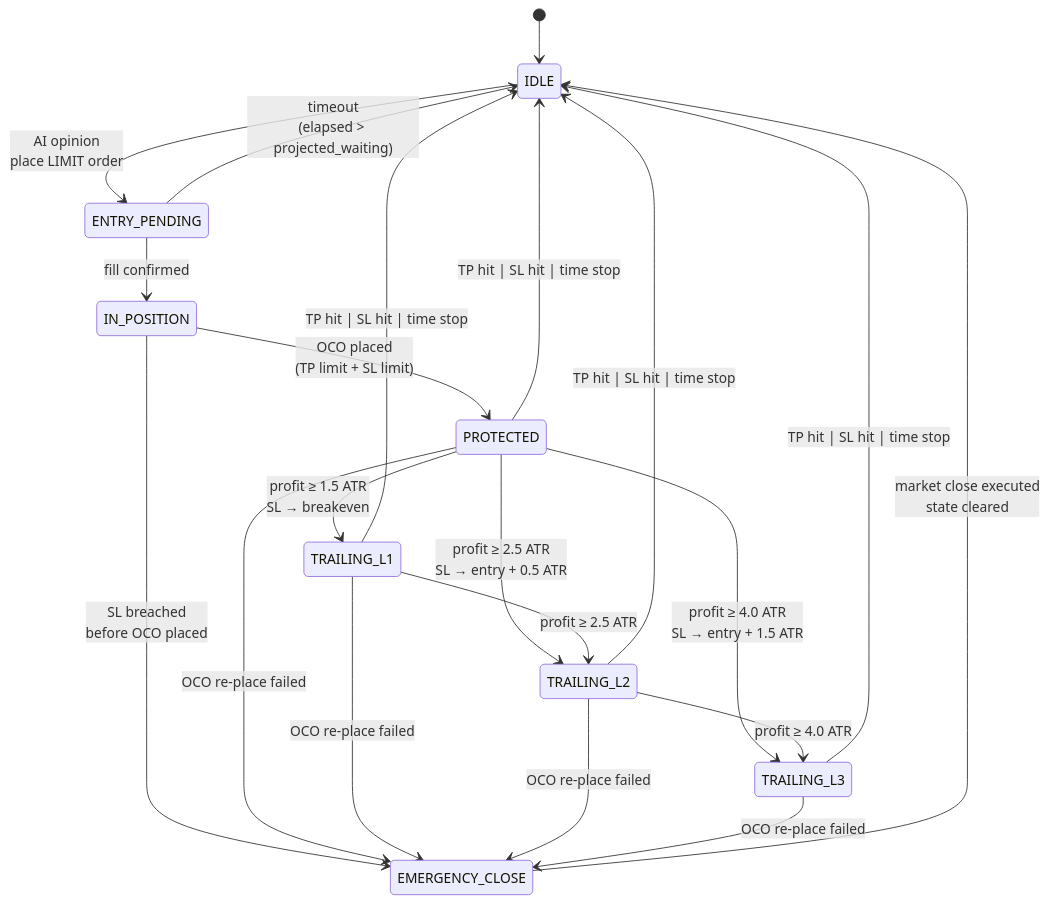
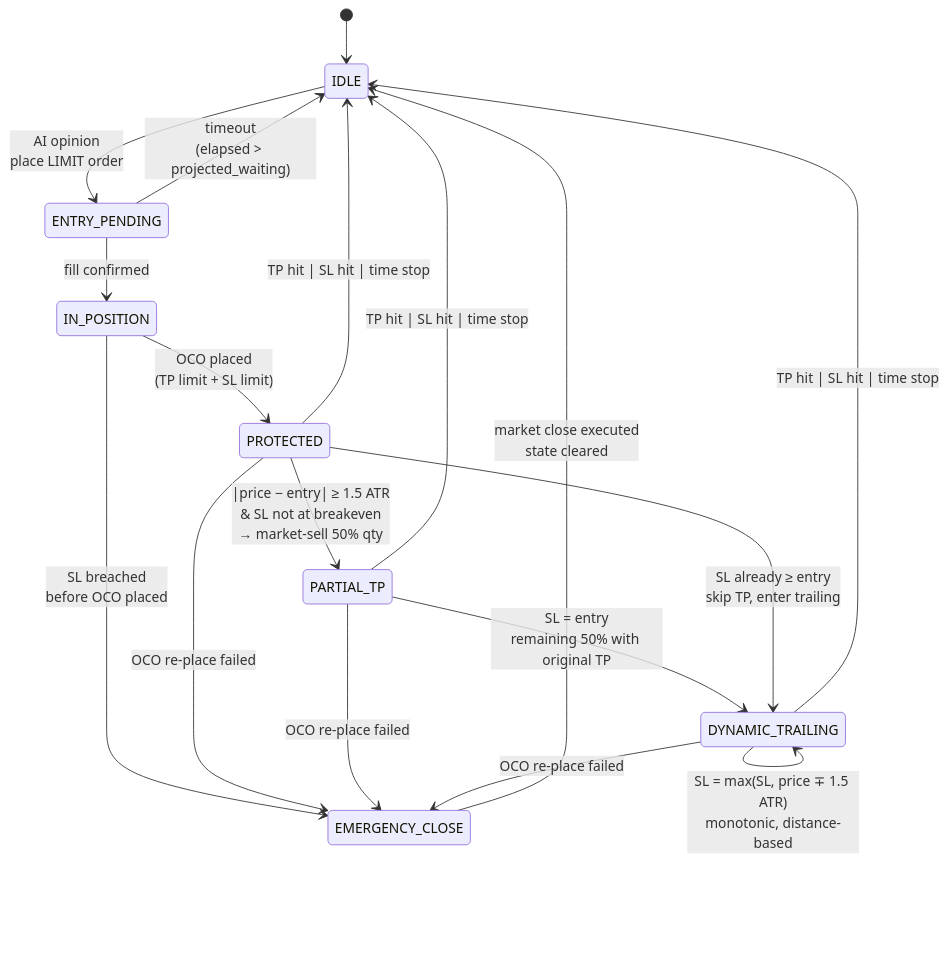
The fourth of 5 diagrams in README.md (jiangyang5157/binary-star), drawn with Mermaid before and after one commit. The commit also changed other lines of this file, not shown here.

Commit message:
docs: update README for stateless partial TP + dynamic trailing SL

````diff
--- a/README.md
+++ b/README.md
@@ -294,31 +317,30 @@
 ```mermaid
 stateDiagram-v2
     [*] --> IDLE
 
     IDLE --> ENTRY_PENDING: AI opinion<br/>place LIMIT order
     ENTRY_PENDING --> IDLE: timeout<br/>(elapsed > projected_waiting)
 
     ENTRY_PENDING --> IN_POSITION: fill confirmed
 
     IN_POSITION --> EMERGENCY_CLOSE: SL breached<br/>before OCO placed
     IN_POSITION --> PROTECTED: OCO placed<br/>(TP limit + SL limit)
 
-    PROTECTED --> TRAILING_L1: profit ≥ 1.5 ATR<br/>SL → breakeven
-    PROTECTED --> TRAILING_L2: profit ≥ 2.5 ATR<br/>SL → entry + 0.5 ATR
-    PROTECTED --> TRAILING_L3: profit ≥ 4.0 ATR<br/>SL → entry + 1.5 ATR
+    PROTECTED --> PARTIAL_TP: |price − entry| ≥ 1.5 ATR<br/>& SL not at breakeven<br/>→ market-sell 50% qty
 
-    TRAILING_L1 --> TRAILING_L2: profit ≥ 2.5 ATR
-    TRAILING_L2 --> TRAILING_L3: profit ≥ 4.0 ATR
+    PARTIAL_TP --> DYNAMIC_TRAILING: SL = entry<br/>remaining 50% with original TP
+
+    PROTECTED --> DYNAMIC_TRAILING: SL already ≥ entry<br/>skip TP, enter trailing
+
+    DYNAMIC_TRAILING --> DYNAMIC_TRAILING: SL = max(SL, price ∓ 1.5 ATR)<br/>monotonic, distance-based
 
     PROTECTED --> IDLE: TP hit | SL hit | time stop
-    TRAILING_L1 --> IDLE: TP hit | SL hit | time stop
-    TRAILING_L2 --> IDLE: TP hit | SL hit | time stop
-    TRAILING_L3 --> IDLE: TP hit | SL hit | time stop
+    PARTIAL_TP --> IDLE: TP hit | SL hit | time stop
+    DYNAMIC_TRAILING --> IDLE: TP hit | SL hit | time stop
 
     PROTECTED --> EMERGENCY_CLOSE: OCO re-place failed
-    TRAILING_L1 --> EMERGENCY_CLOSE: OCO re-place failed
-    TRAILING_L2 --> EMERGENCY_CLOSE: OCO re-place failed
-    TRAILING_L3 --> EMERGENCY_CLOSE: OCO re-place failed
+    PARTIAL_TP --> EMERGENCY_CLOSE: OCO re-place failed
+    DYNAMIC_TRAILING --> EMERGENCY_CLOSE: OCO re-place failed
 
     EMERGENCY_CLOSE --> IDLE: market close executed<br/>state cleared
 ```
````
